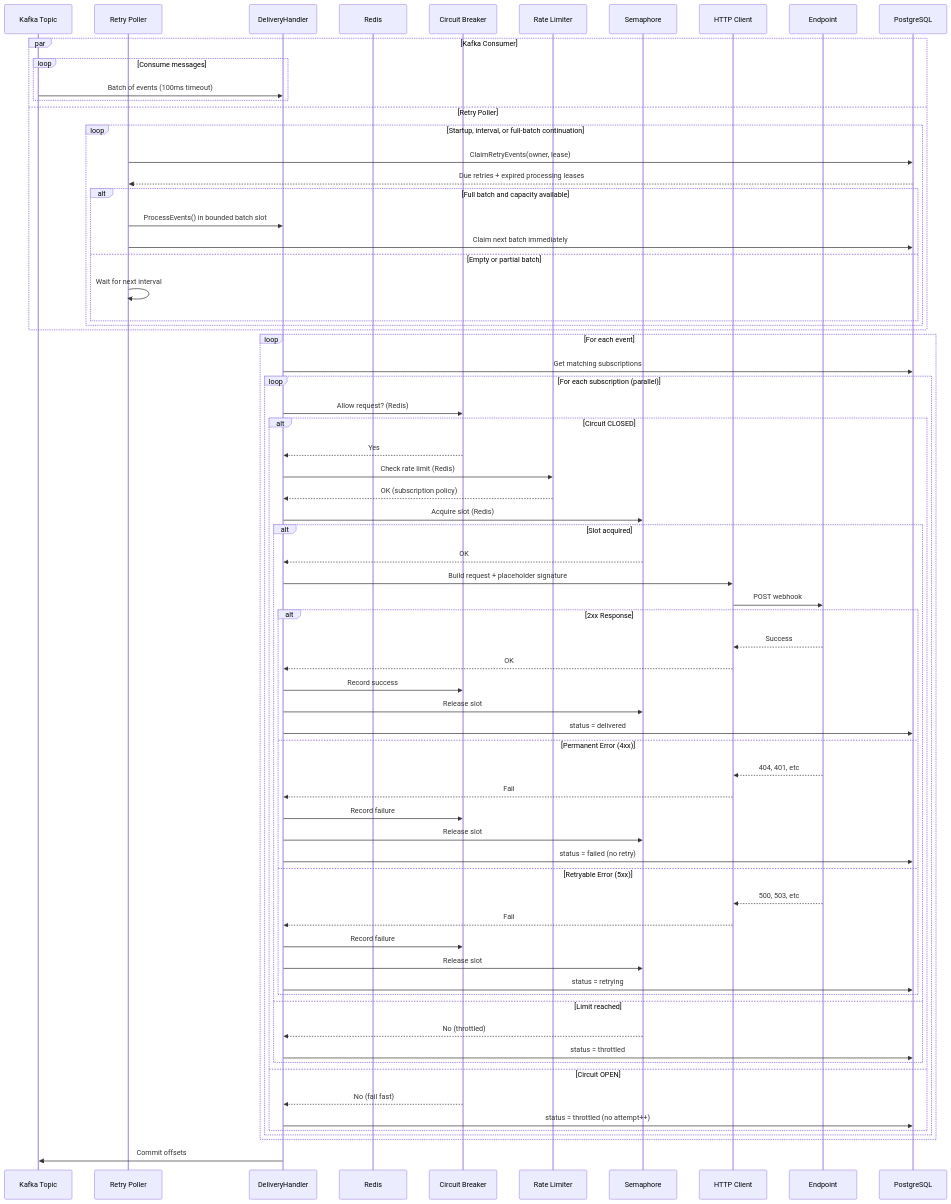
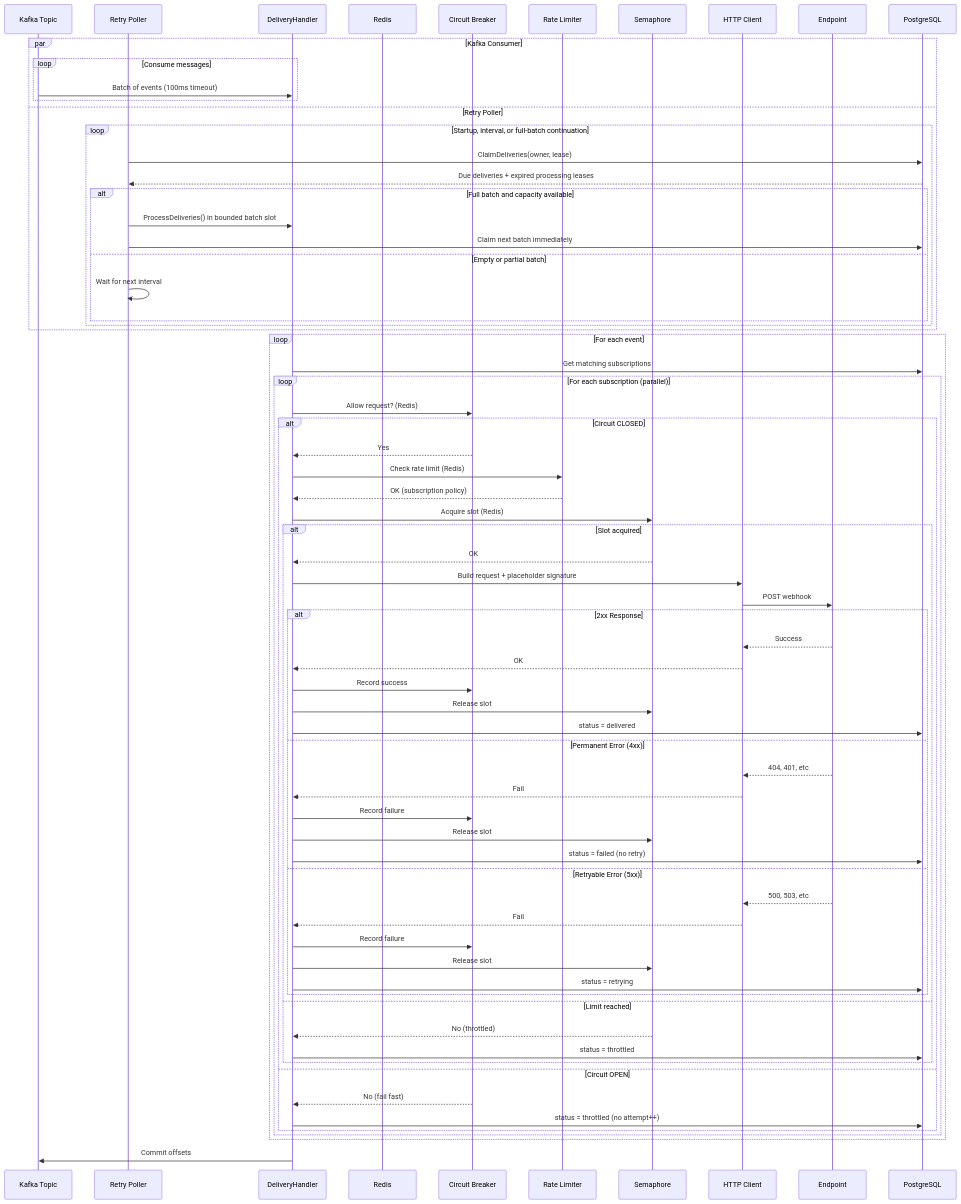
One commit to felipepmaragno/webhook-service changed the fifth of 13 diagrams in docs/architecture.md. Above: the diagram before and after it, drawn with Mermaid. The commit also changed other lines of this file and 30 other files, not shown here.

````diff
--- a/docs/architecture.md
+++ b/docs/architecture.md
@@ -228,80 +226,80 @@
 ```mermaid
 sequenceDiagram
     participant Kafka as Kafka Topic
     participant Poller as Retry Poller
     participant Worker as DeliveryHandler
     participant Redis as Redis
     participant CB as Circuit Breaker
     participant RL as Rate Limiter
     participant Sem as Semaphore
     participant HTTP as HTTP Client
     participant Endpoint
     participant DB as PostgreSQL
 
     par Kafka Consumer
         loop Consume messages
             Kafka->>Worker: Batch of events (100ms timeout)
         end
     and Retry Poller
         loop Startup, interval, or full-batch continuation
-            Poller->>DB: ClaimRetryEvents(owner, lease)
-            DB-->>Poller: Due retries + expired processing leases
+            Poller->>DB: ClaimDeliveries(owner, lease)
+            DB-->>Poller: Due deliveries + expired processing leases
             alt Full batch and capacity available
-                Poller->>Worker: ProcessEvents() in bounded batch slot
+                Poller->>Worker: ProcessDeliveries() in bounded batch slot
                 Poller->>DB: Claim next batch immediately
             else Empty or partial batch
                 Poller->>Poller: Wait for next interval
             end
         end
     end
     
     loop For each event
         Worker->>DB: Get matching subscriptions
         
         loop For each subscription (parallel)
             Worker->>CB: Allow request? (Redis)
             
             alt Circuit CLOSED
                 CB-->>Worker: Yes
                 Worker->>RL: Check rate limit (Redis)
                 RL-->>Worker: OK (subscription policy)
                 Worker->>Sem: Acquire slot (Redis)
                 
                 alt Slot acquired
                     Sem-->>Worker: OK
                     Worker->>HTTP: Build request + placeholder signature
                     HTTP->>Endpoint: POST webhook
                     
                     alt 2xx Response
                         Endpoint-->>HTTP: Success
                         HTTP-->>Worker: OK
                         Worker->>CB: Record success
                         Worker->>Sem: Release slot
                         Worker->>DB: status = delivered
                     else Permanent Error (4xx)
                         Endpoint-->>HTTP: 404, 401, etc
                         HTTP-->>Worker: Fail
                         Worker->>CB: Record failure
                         Worker->>Sem: Release slot
                         Worker->>DB: status = failed (no retry)
                     else Retryable Error (5xx)
                         Endpoint-->>HTTP: 500, 503, etc
                         HTTP-->>Worker: Fail
                         Worker->>CB: Record failure
                         Worker->>Sem: Release slot
                         Worker->>DB: status = retrying
                     end
                 else Limit reached
                     Sem-->>Worker: No (throttled)
                     Worker->>DB: status = throttled
                 end
                 
             else Circuit OPEN
                 CB-->>Worker: No (fail fast)
                 Worker->>DB: status = throttled (no attempt++)
             end
         end
     end
     
     Worker->>Kafka: Commit offsets
 ```
````
